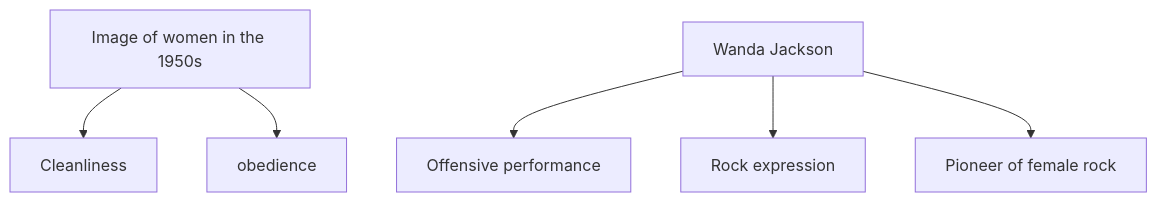
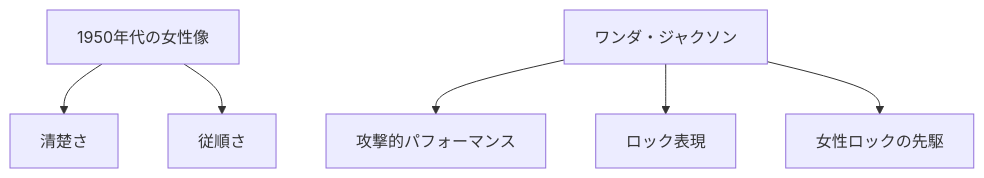
The sixth of 11 diagrams in en/_posts/2026-05-16-column-wanda-jackson.md (monumental-movement/monumental-movement.github.io), drawn with Mermaid before and after one commit. The commit also changed other lines of this file and 2196 other files, not shown here.

```diff
--- a/en/_posts/2026-05-16-column-wanda-jackson.md
+++ b/en/_posts/2026-05-16-column-wanda-jackson.md
@@ -193,8 +193,8 @@
 <div class="mermaid">
 graph TD
-A["Image of women in the 1950s"] --> B["Cleanliness"]
-A --> C["obedience"]
-D["Wanda Jackson"] --> E["Offensive performance"]
-D --> F["Rock expression"]
-D --> G["Pioneer of female rock"]
+A["1950年代の女性像"] --> B["清楚さ"]
+A --> C["従順さ"]
+D["ワンダ・ジャクソン"] --> E["攻撃的パフォーマンス"]
+D --> F["ロック表現"]
+D --> G["女性ロックの先駆"]
 </div>
```
